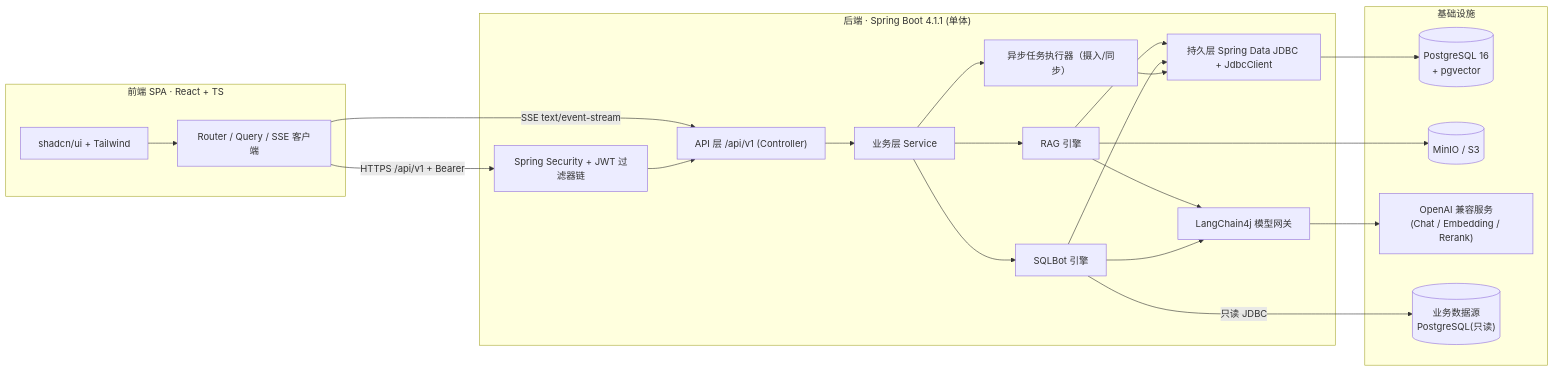
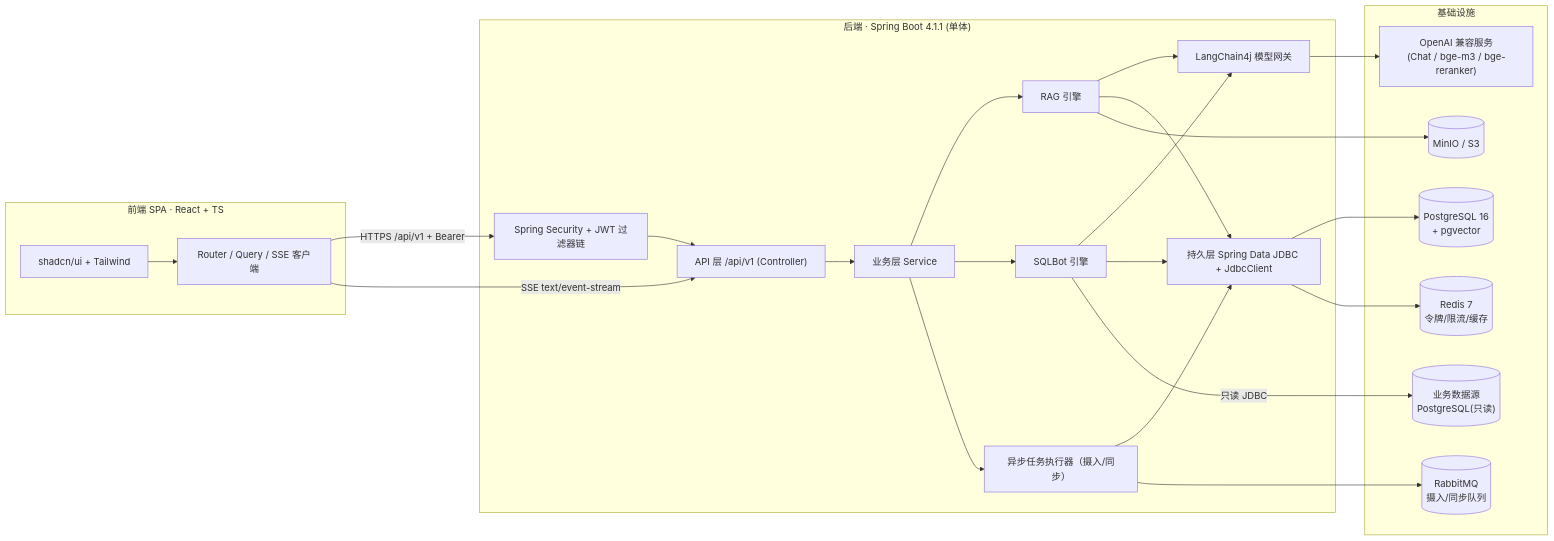
One commit to CBT-keep/WenQu changed the first of 5 diagrams in doc/02-技术架构设计.md. Above: the diagram before and after it, drawn with Mermaid. The commit also changed other lines of this file and 7 other files, not shown here.

````diff
--- a/doc/02-技术架构设计.md
+++ b/doc/02-技术架构设计.md
@@ -9,40 +9,44 @@
 ```mermaid
 flowchart LR
   subgraph FE["前端 SPA · React + TS"]
     UI["shadcn/ui + Tailwind"]
     RT["Router / Query / SSE 客户端"]
   end
 
   subgraph BE["后端 · Spring Boot 4.1.1 (单体)"]
     SEC["Spring Security + JWT 过滤器链"]
     API["API 层 /api/v1 (Controller)"]
     SVC["业务层 Service"]
     RAG["RAG 引擎"]
     SQLB["SQLBot 引擎"]
     LLM["LangChain4j 模型网关"]
     JOBS["异步任务执行器（摄入/同步）"]
     REPO["持久层 Spring Data JDBC + JdbcClient"]
   end
 
   subgraph INFRA["基础设施"]
     PG[("PostgreSQL 16<br/>+ pgvector")]
     MINIO[("MinIO / S3")]
-    LLMSVC["OpenAI 兼容服务<br/>(Chat / Embedding / Rerank)"]
+    REDIS[("Redis 7<br/>令牌/限流/缓存")]
+    MQ[("RabbitMQ<br/>摄入/同步队列")]
+    LLMSVC["OpenAI 兼容服务<br/>(Chat / bge-m3 / bge-reranker)"]
     DS[("业务数据源<br/>PostgreSQL(只读)")]
   end
 
   UI --> RT
   RT -->|"HTTPS /api/v1 + Bearer"| SEC
   RT -->|"SSE text/event-stream"| API
   SEC --> API --> SVC
   SVC --> RAG & SQLB & JOBS
   RAG --> LLM
   SQLB --> LLM
   LLM --> LLMSVC
   RAG --> REPO
   SQLB --> REPO
   JOBS --> REPO
   REPO --> PG
+  REPO --> REDIS
+  JOBS --> MQ
   RAG --> MINIO
   SQLB -->|"只读 JDBC"| DS
 ```
````
